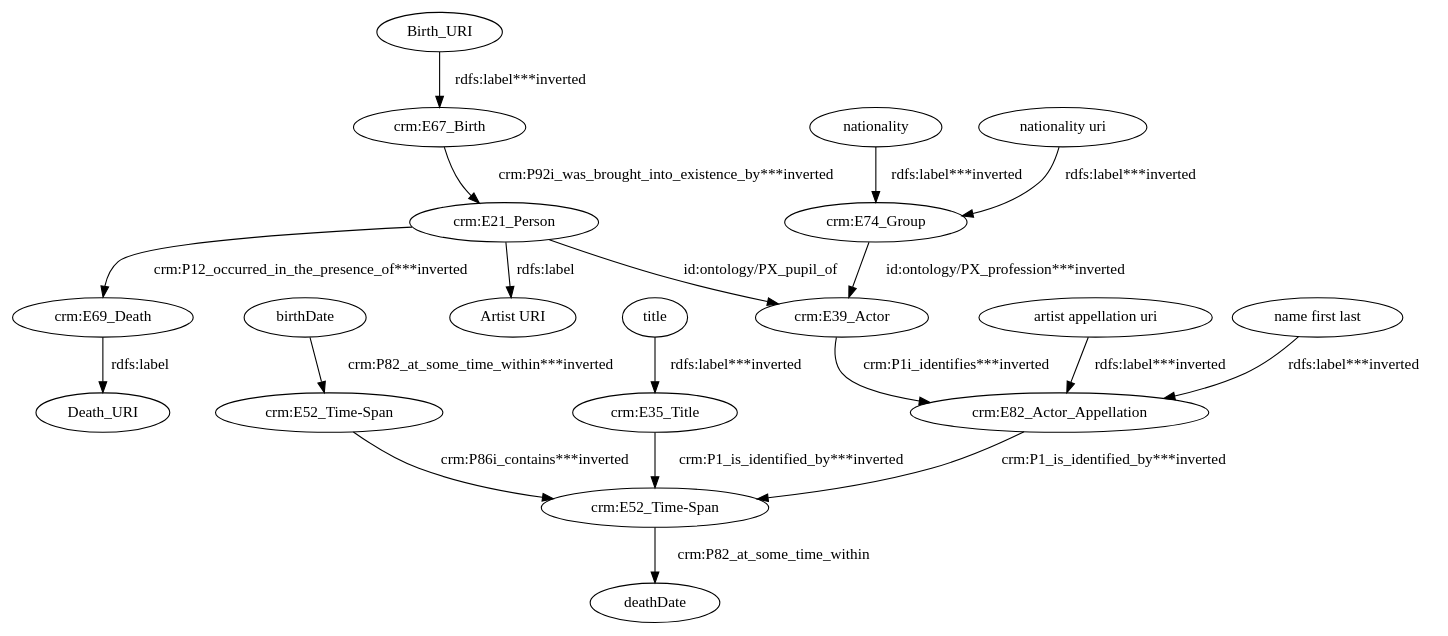
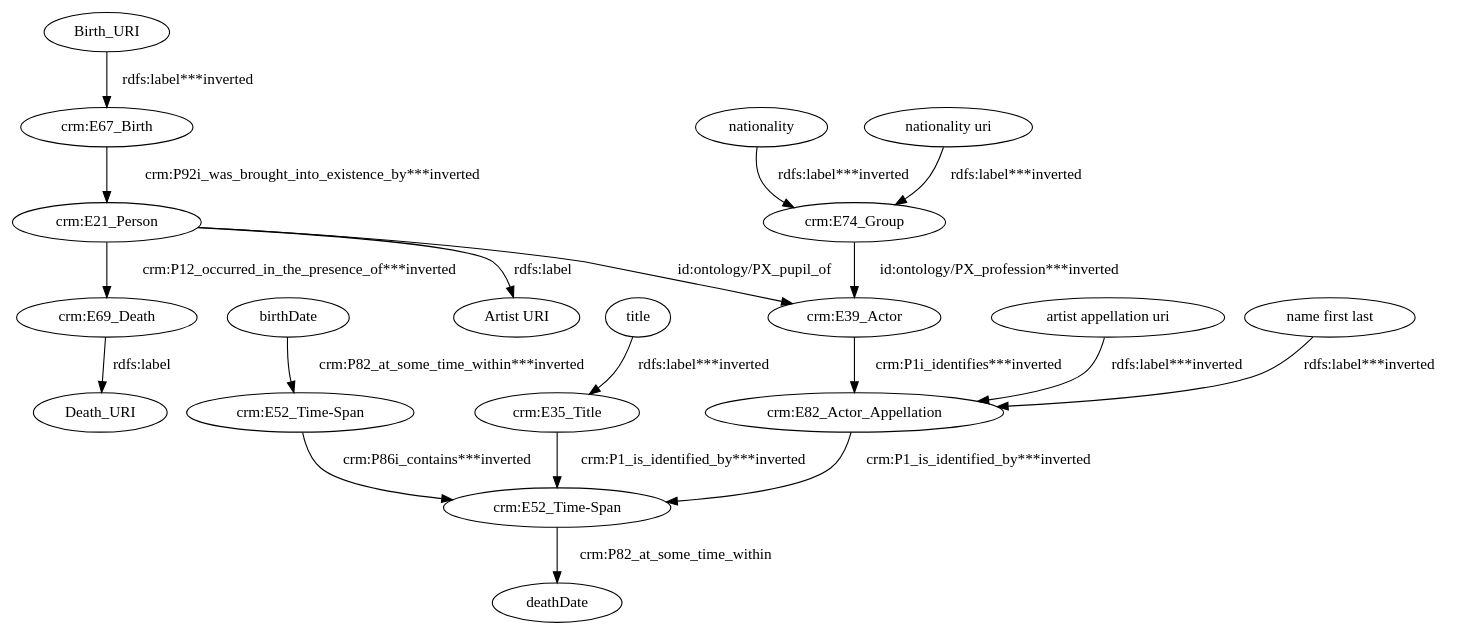
Before and after one commit to giuseppefutia/semi: the diagram in data/taheriyan2016/task_02/semantic_models/steiner/dot/s03-ima-artists.dot, drawn with Graphviz. The commit also changed 223 other files, not shown here.

```diff
--- a/data/taheriyan2016/task_02/semantic_models/steiner/dot/s03-ima-artists.dot
+++ b/data/taheriyan2016/task_02/semantic_models/steiner/dot/s03-ima-artists.dot
@@ -1,39 +1,39 @@
 digraph {
   Birth_URI [type=attribute_name,label=Birth_URI]
   "crm:E67_Birth1" [type=class_uri,label="crm:E67_Birth"]
   "artist appellation uri" [type=attribute_name,label="artist appellation uri"]
   "crm:E82_Actor_Appellation1" [type=class_uri,label="crm:E82_Actor_Appellation"]
   birthDate [type=attribute_name,label=birthDate]
   "crm:E52_Time-Span1" [type=class_uri,label="crm:E52_Time-Span"]
   "crm:E21_Person1" [type=class_uri,label="crm:E21_Person"]
   "Artist URI" [type=attribute_name,label="Artist URI"]
   "crm:E39_Actor" [type=class_uri,label="crm:E39_Actor"]
   "crm:E69_Death1" [type=class_uri,label="crm:E69_Death"]
   "crm:E35_Title1" [type=class_uri,label="crm:E35_Title"]
   "crm:E52_Time-Span2" [type=class_uri,label="crm:E52_Time-Span"]
   deathDate [type=attribute_name,label=deathDate]
   Death_URI [type=attribute_name,label=Death_URI]
   "crm:E74_Group1" [type=class_uri,label="crm:E74_Group"]
   "name first last" [type=attribute_name,label="name first last"]
   "nationality uri" [type=attribute_name,label="nationality uri"]
   nationality [type=attribute_name,label=nationality]
   title [type=attribute_name,label=title]
-  Birth_URI -> "crm:E67_Birth1" [type=st_property_uri,label="rdfs:label***inverted"]
-  "artist appellation uri" -> "crm:E82_Actor_Appellation1" [type=st_property_uri,label="rdfs:label***inverted"]
-  birthDate -> "crm:E52_Time-Span1" [type=st_property_uri,label="crm:P82_at_some_time_within***inverted"]
+  Birth_URI -> "crm:E67_Birth1" [type=st_property_uri,label="rdfs:label***inverted",weight=1]
+  "artist appellation uri" -> "crm:E82_Actor_Appellation1" [type=st_property_uri,label="rdfs:label***inverted",weight=1]
+  birthDate -> "crm:E52_Time-Span1" [type=st_property_uri,label="crm:P82_at_some_time_within***inverted",weight=1]
   "crm:E21_Person1" -> "Artist URI" [label="rdfs:label",type=st_property_uri]
-  "crm:E21_Person1" -> "crm:E39_Actor" [label="id:ontology/PX_pupil_of",type=direct_property_uri]
-  "crm:E21_Person1" -> "crm:E69_Death1" [type=inherited,label="crm:P12_occurred_in_the_presence_of***inverted"]
-  "crm:E35_Title1" -> "crm:E52_Time-Span2" [type=inherited,label="crm:P1_is_identified_by***inverted"]
-  "crm:E39_Actor" -> "crm:E82_Actor_Appellation1" [type=inherited,label="crm:P1i_identifies***inverted"]
-  "crm:E52_Time-Span1" -> "crm:E52_Time-Span2" [type=direct_property_uri,label="crm:P86i_contains***inverted"]
+  "crm:E21_Person1" -> "crm:E39_Actor" [label="id:ontology/PX_pupil_of",type=direct_property_uri,weight=1]
+  "crm:E21_Person1" -> "crm:E69_Death1" [type=inherited,label="crm:P12_occurred_in_the_presence_of***inverted",weight=4]
+  "crm:E35_Title1" -> "crm:E52_Time-Span2" [type=inherited,label="crm:P1_is_identified_by***inverted",weight=4]
+  "crm:E39_Actor" -> "crm:E82_Actor_Appellation1" [type=inherited,label="crm:P1i_identifies***inverted",weight=4]
+  "crm:E52_Time-Span1" -> "crm:E52_Time-Span2" [type=direct_property_uri,label="crm:P86i_contains***inverted",weight=1]
   "crm:E52_Time-Span2" -> deathDate [label="crm:P82_at_some_time_within",type=st_property_uri]
-  "crm:E67_Birth1" -> "crm:E21_Person1" [type=inherited,label="crm:P92i_was_brought_into_existence_by***inverted"]
+  "crm:E67_Birth1" -> "crm:E21_Person1" [type=inherited,label="crm:P92i_was_brought_into_existence_by***inverted",weight=4]
   "crm:E69_Death1" -> Death_URI [label="rdfs:label",type=st_property_uri]
-  "crm:E74_Group1" -> "crm:E39_Actor" [type=direct_property_uri,label="id:ontology/PX_profession***inverted"]
-  "crm:E82_Actor_Appellation1" -> "crm:E52_Time-Span2" [type=inherited,label="crm:P1_is_identified_by***inverted"]
-  "name first last" -> "crm:E82_Actor_Appellation1" [type=st_property_uri,label="rdfs:label***inverted"]
-  "nationality uri" -> "crm:E74_Group1" [type=st_property_uri,label="rdfs:label***inverted"]
-  nationality -> "crm:E74_Group1" [type=st_property_uri,label="rdfs:label***inverted"]
-  title -> "crm:E35_Title1" [type=st_property_uri,label="rdfs:label***inverted"]
+  "crm:E74_Group1" -> "crm:E39_Actor" [type=direct_property_uri,label="id:ontology/PX_profession***inverted",weight=1]
+  "crm:E82_Actor_Appellation1" -> "crm:E52_Time-Span2" [type=inherited,label="crm:P1_is_identified_by***inverted",weight=4]
+  "name first last" -> "crm:E82_Actor_Appellation1" [type=st_property_uri,label="rdfs:label***inverted",weight=1]
+  "nationality uri" -> "crm:E74_Group1" [type=st_property_uri,label="rdfs:label***inverted",weight=1]
+  nationality -> "crm:E74_Group1" [type=st_property_uri,label="rdfs:label***inverted",weight=1]
+  title -> "crm:E35_Title1" [type=st_property_uri,label="rdfs:label***inverted",weight=1]
 }
```
